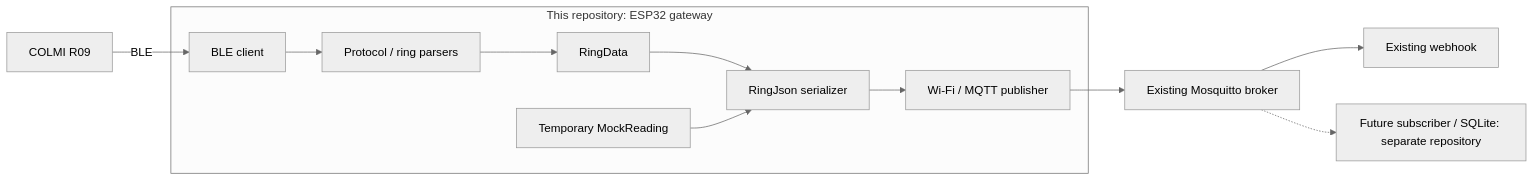
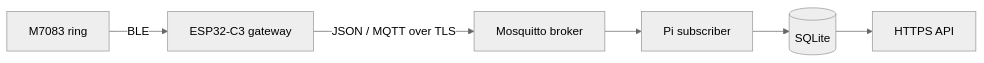
One commit to regrets123/Smart_Ring_Gateway changed the diagram in docs/architecture.md. Above: the diagram before and after it, drawn with Mermaid (neutral theme). The commit also changed other lines of this file and 13 other files, not shown here.

````diff
--- a/docs/architecture.md
+++ b/docs/architecture.md
@@ -24,14 +5,8 @@
 ```mermaid
 flowchart LR
-    R[COLMI R09] -->|BLE| B
-    subgraph G[This repository: ESP32 gateway]
-        B[BLE client] --> P[Protocol / ring parsers]
-        P --> D[RingData]
-        D --> J[RingJson serializer]
-        X[Temporary MockReading] --> J
-        J --> W[Wi-Fi / MQTT publisher]
-    end
-    W --> M[Existing Mosquitto broker]
-    M --> H[Existing webhook]
-    M -.-> S[Future subscriber / SQLite: separate repository]
+    R[M7083 ring] -->|BLE| B[ESP32-C3 gateway]
+    B -->|JSON / MQTT over TLS| M[Mosquitto broker]
+    M --> S[Pi subscriber]
+    S --> D[(SQLite)]
+    D --> A[HTTPS API]
 ```
````
